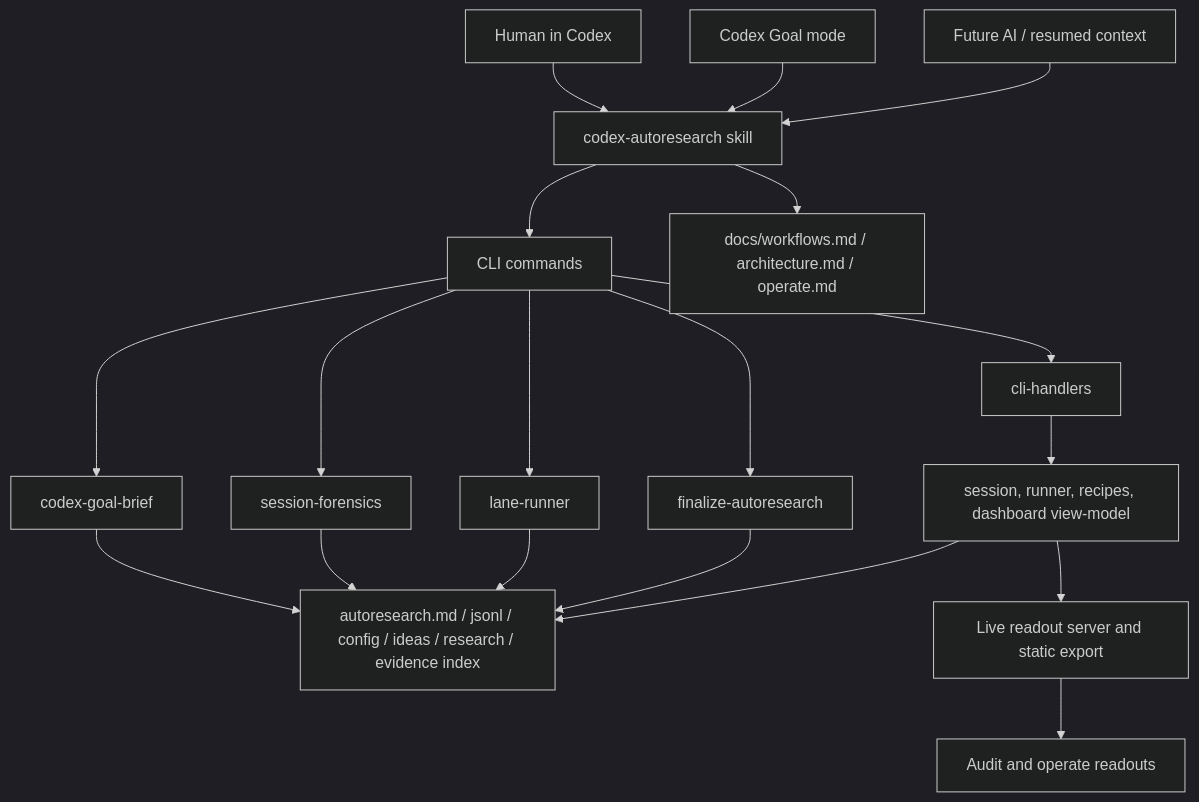
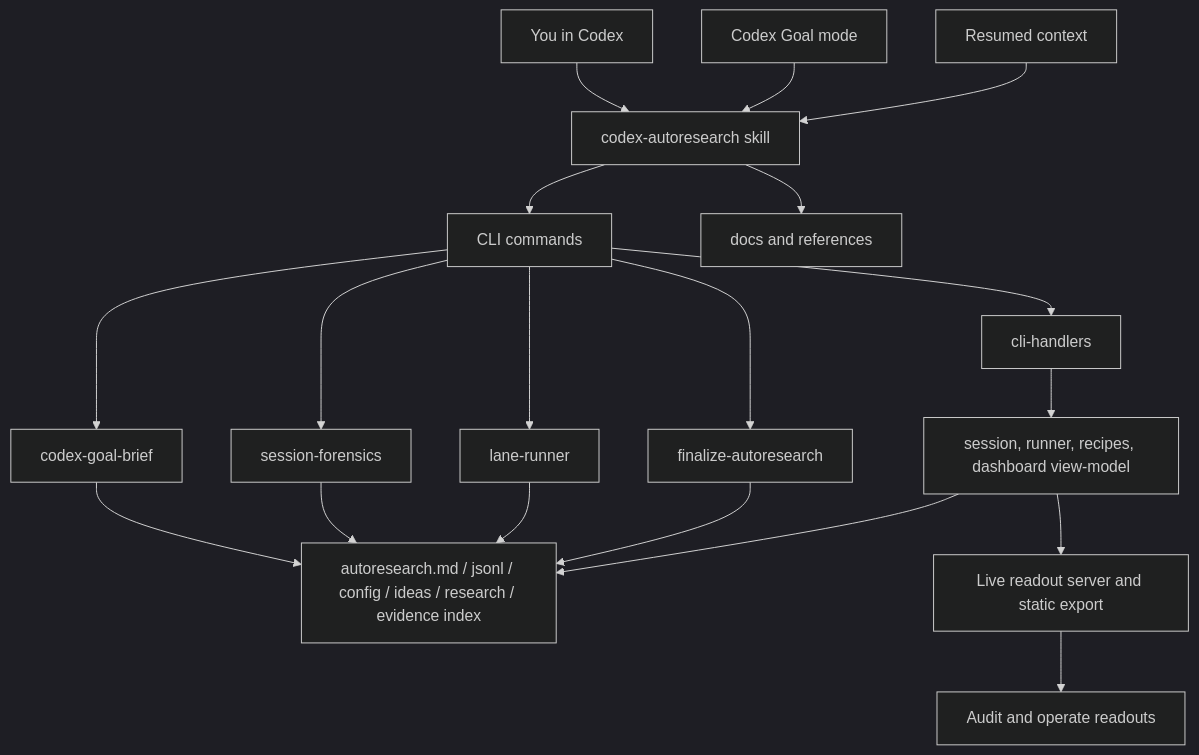
Before and after one commit to TheGreenCedar/codex-autoresearch: the first of 8 diagrams in plugins/codex-autoresearch/docs/architecture.md, drawn with Mermaid (dark theme). The commit also changed other lines of this file and 27 other files, not shown here.

````diff
--- a/plugins/codex-autoresearch/docs/architecture.md
+++ b/plugins/codex-autoresearch/docs/architecture.md
@@ -7,21 +7,21 @@
 ```mermaid
 flowchart TD
-  U["Human in Codex"] --> S["codex-autoresearch skill"]
+  U["You in Codex"] --> S["codex-autoresearch skill"]
   Goal["Codex Goal mode"] --> S
-  A["Future AI / resumed context"] --> S
+  A["Resumed context"] --> S
   S --> CLI["CLI commands"]
-  S --> SkillDocs["docs/workflows.md / architecture.md / operate.md"]
+  S --> SkillDocs["docs and references"]
   CLI --> GoalBridge["codex-goal-brief"]
   CLI --> Forensics["session-forensics"]
   CLI --> LaneRunner["lane-runner"]
   CLI --> Finalizer["finalize-autoresearch"]
   CLI --> H["cli-handlers"]
   GoalBridge --> Files
   Forensics --> Files
   LaneRunner --> Files
   Finalizer --> Files
   H --> Core["session, runner, recipes, dashboard view-model"]
   Core --> Files["autoresearch.md / jsonl / config / ideas / research / evidence index"]
   Core --> Dash["Live readout server and static export"]
   Dash --> Browser["Audit and operate readouts"]
 ```
````
